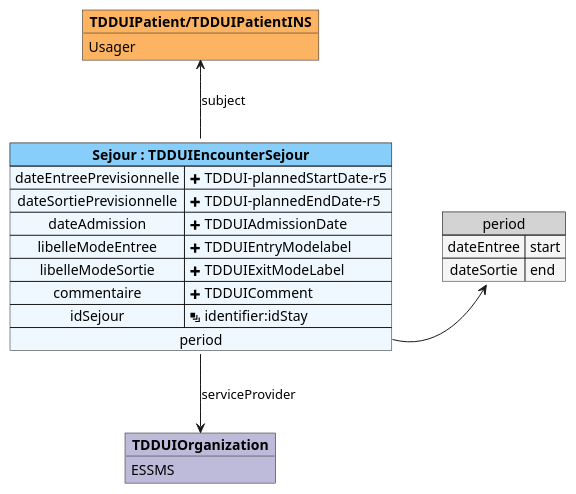
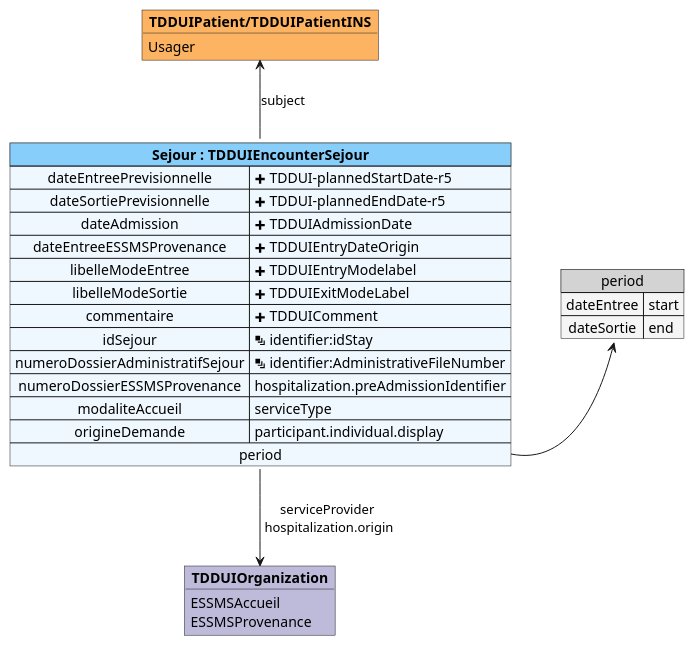
The diagram in input/images-source/mapping_TDDUIEncounterSejour.plantuml (ansforge/IG-fhir-medicosocial-transfert-donnees-dui), drawn with PlantUML before and after one commit. The commit also changed 7 other files, not shown here.

```diff
--- a/input/images-source/mapping_TDDUIEncounterSejour.plantuml
+++ b/input/images-source/mapping_TDDUIEncounterSejour.plantuml
@@ -1,30 +1,36 @@
 @startuml
 
 map "period" as period #back:WhiteSmoke;header:LightGray {
     dateEntree => start
     dateSortie => end
 }
 
 object "**TDDUIPatient/TDDUIPatientINS**" as TDDUIPatient #fdb462 {
     Usager
 }
 
 object "**TDDUIOrganization**" as TDDUIOrganization #bebada {
-    ESSMS
+    ESSMSAccueil
+    ESSMSProvenance
 }
 
 map "**Sejour : TDDUIEncounterSejour**" as Sejour #back:AliceBlue;header:LightSkyBlue {
     dateEntreePrevisionnelle => <&plus> TDDUI-plannedStartDate-r5
     dateSortiePrevisionnelle => <&plus> TDDUI-plannedEndDate-r5
     dateAdmission => <&plus> TDDUIAdmissionDate
+    dateEntreeESSMSProvenance => <&plus> TDDUIEntryDateOrigin
     libelleModeEntree => <&plus> TDDUIEntryModelabel
     libelleModeSortie => <&plus> TDDUIExitModeLabel
     commentaire => <&plus> TDDUIComment
     idSejour => <&layers> identifier:idStay
+    numeroDossierAdministratifSejour => <&layers> identifier:AdministrativeFileNumber
+    numeroDossierESSMSProvenance => hospitalization.preAdmissionIdentifier
+    modaliteAccueil => serviceType
+    origineDemande => participant.individual.display
     period *-> period
 }
 
 Sejour -u-> TDDUIPatient : subject
-Sejour -d-> TDDUIOrganization : serviceProvider
+Sejour -d-> TDDUIOrganization : serviceProvider\n hospitalization.origin
 
 @enduml
```
